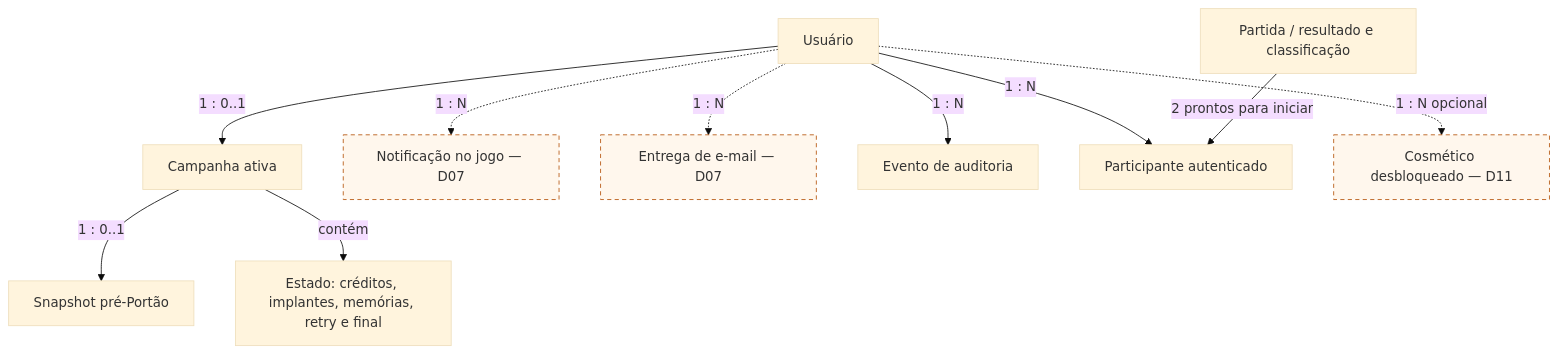
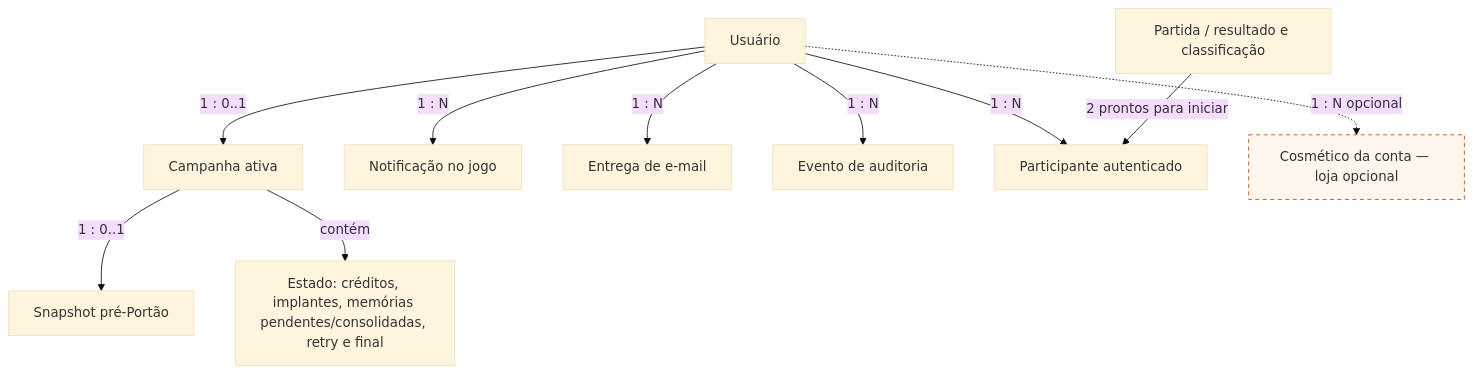
Before and after one commit to ViViJp/jogo-projeto-topicos-especiais: the eighth of 8 diagrams in isn/docs/sprint1/05-diagramas-de-blocos.md, drawn with Mermaid (base theme). The commit also changed other lines of this file and 34 other files, not shown here.

````diff
--- a/isn/docs/sprint1/05-diagramas-de-blocos.md
+++ b/isn/docs/sprint1/05-diagramas-de-blocos.md
@@ -382,24 +296,24 @@
 ```mermaid
 flowchart TD
   user["Usuário"]
   campaign["Campanha ativa"]
-  notice["Notificação no jogo — D07"]
-  email["Entrega de e-mail — D07"]
+  notice["Notificação no jogo"]
+  email["Entrega de e-mail"]
   snapshot["Snapshot pré-Portão"]
   audit["Evento de auditoria"]
   participant["Participante autenticado"]
-  state["Estado: créditos, implantes, memórias, retry e final"]
-  skin["Cosmético desbloqueado — D11"]
+  state["Estado: créditos, implantes, memórias pendentes/consolidadas, retry e final"]
+  skin["Cosmético da conta — loja opcional"]
   match["Partida / resultado e classificação"]
   user -->|"1 : 0..1"| campaign
-  user -.->|"1 : N"| notice
-  user -.->|"1 : N"| email
+  user -->|"1 : N"| notice
+  user -->|"1 : N"| email
   campaign -->|"1 : 0..1"| snapshot
   campaign -->|"contém"| state
   user -->|"1 : N"| audit
   user -->|"1 : N"| participant
   match -->|"2 prontos para iniciar"| participant
   user -.->|"1 : N opcional"| skin
   classDef pending fill:#fff7ed,stroke:#b45309,stroke-dasharray:5 4
-  class notice,email,skin pending
+  class skin pending
 ```
````
